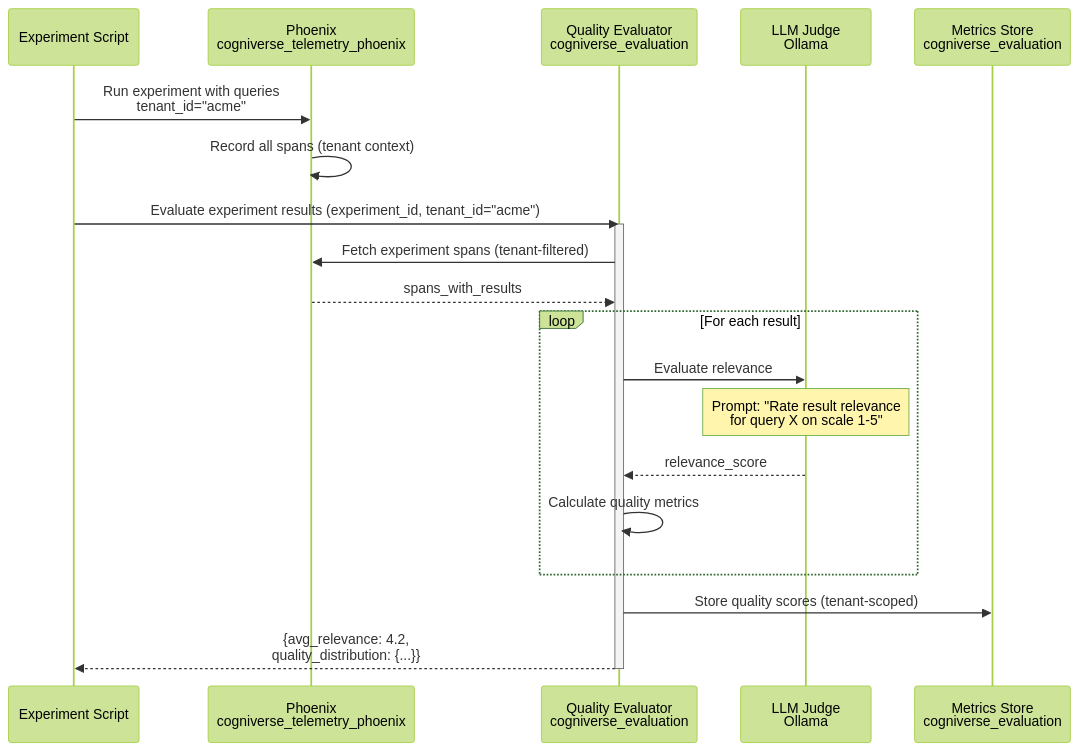
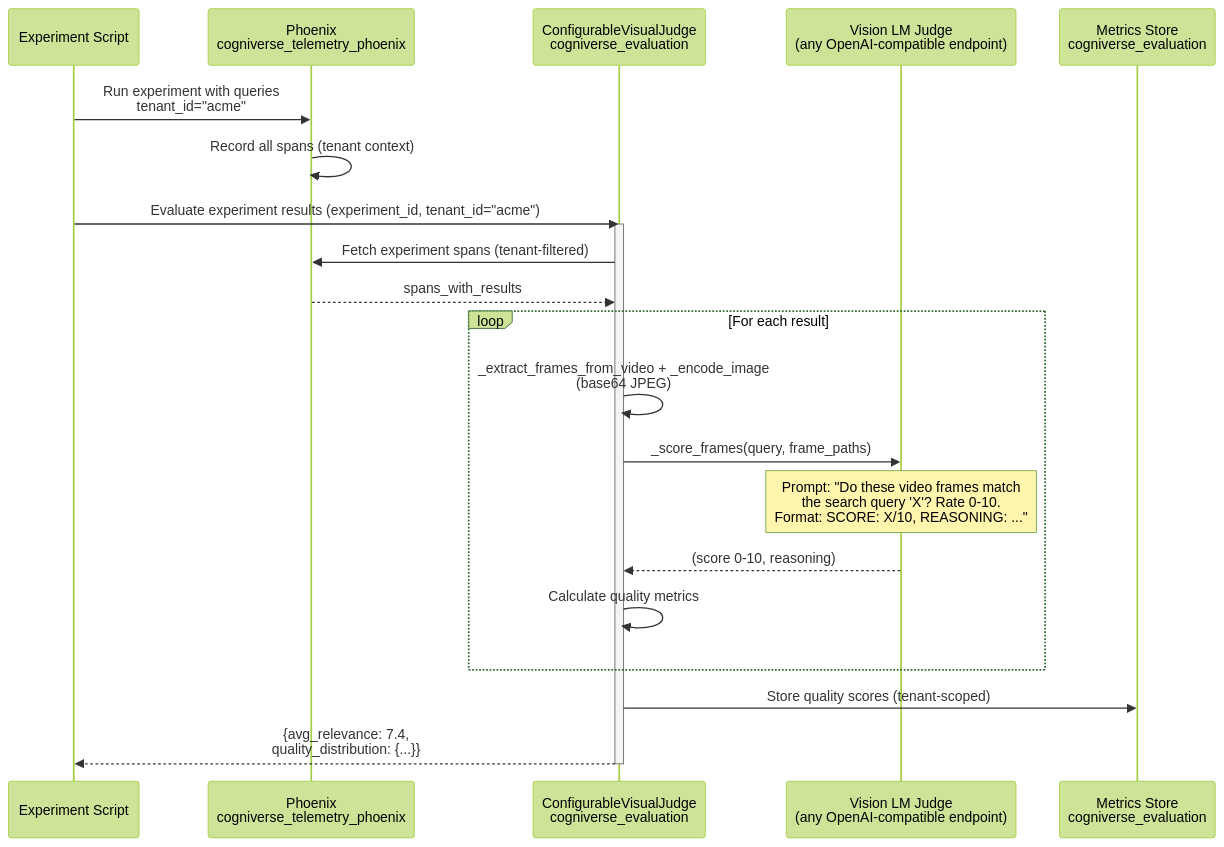
One commit to amit-jain/cogniverse changed diagram 17 of 25 in docs/architecture/system-flows.md. Above: the diagram before and after it, drawn with Mermaid (forest theme). The commit also changed other lines of this file and 7 other files, not shown here.

First line of the commit message:
Document all 23 agents and convert diagrams to mermaid

````diff
--- a/docs/architecture/system-flows.md
+++ b/docs/architecture/system-flows.md
@@ -650,29 +787,30 @@
 ```mermaid
 sequenceDiagram
     participant Exp as Experiment Script
     participant Phoenix as Phoenix<br/>cogniverse_telemetry_phoenix
-    participant QualityEval as Quality Evaluator<br/>cogniverse_evaluation
-    participant LLM as LLM Judge<br/>Ollama
+    participant QualityEval as ConfigurableVisualJudge<br/>cogniverse_evaluation
+    participant LLM as Vision LM Judge<br/>(any OpenAI-compatible endpoint)
     participant Metrics as Metrics Store<br/>cogniverse_evaluation
 
     Exp->>Phoenix: Run experiment with queries<br/>tenant_id="acme"
     Phoenix->>Phoenix: Record all spans (tenant context)
 
     Exp->>QualityEval: Evaluate experiment results (experiment_id, tenant_id="acme")
 
     activate QualityEval
     QualityEval->>Phoenix: Fetch experiment spans (tenant-filtered)
     Phoenix-->>QualityEval: spans_with_results
 
     loop For each result
-        QualityEval->>LLM: Evaluate relevance
-        Note over LLM: Prompt: "Rate result relevance<br/>for query X on scale 1-5"
-        LLM-->>QualityEval: relevance_score
+        QualityEval->>QualityEval: _extract_frames_from_video + _encode_image<br/>(base64 JPEG)
+        QualityEval->>LLM: _score_frames(query, frame_paths)
+        Note over LLM: Prompt: "Do these video frames match<br/>the search query 'X'? Rate 0-10.<br/>Format: SCORE: X/10, REASONING: ..."
+        LLM-->>QualityEval: (score 0-10, reasoning)
 
         QualityEval->>QualityEval: Calculate quality metrics
     end
 
     QualityEval->>Metrics: Store quality scores (tenant-scoped)
-    QualityEval-->>Exp: {avg_relevance: 4.2,<br/>quality_distribution: {...}}
+    QualityEval-->>Exp: {avg_relevance: 7.4,<br/>quality_distribution: {...}}
     deactivate QualityEval
 ```
````
